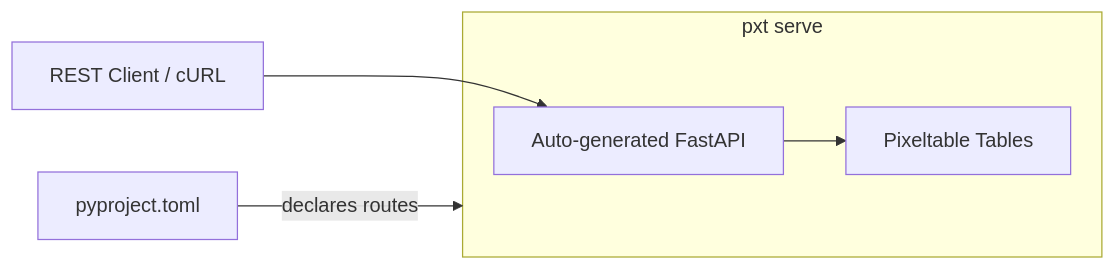
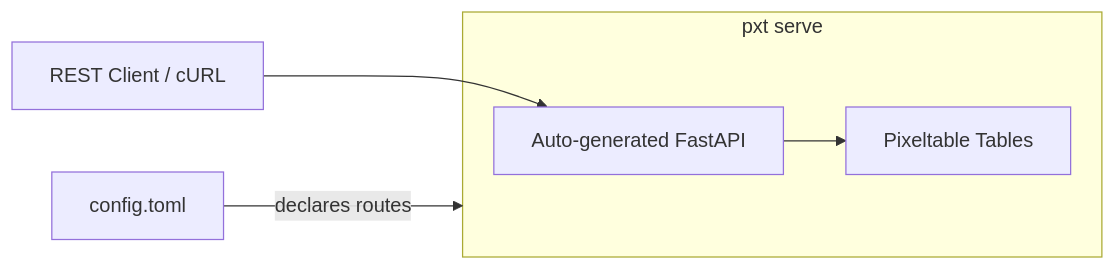
The fifth of 5 diagrams in docs/release/howto/deployment/overview.mdx (pixeltable/pixeltable), drawn with Mermaid before and after one commit. The commit also changed other lines of this file and 8 other files, not shown here.

````diff
--- a/docs/release/howto/deployment/overview.mdx
+++ b/docs/release/howto/deployment/overview.mdx
@@ -332,13 +332,13 @@
 ```mermaid
 flowchart LR
     Client["REST Client / cURL"]
-    TOML["pyproject.toml"]
+    TOML["config.toml"]
 
     subgraph PXT["pxt serve"]
         API["Auto-generated FastAPI"]
         Tables["Pixeltable Tables"]
     end
 
     TOML -->|declares routes| PXT
     Client --> API --> Tables
 ```
````
